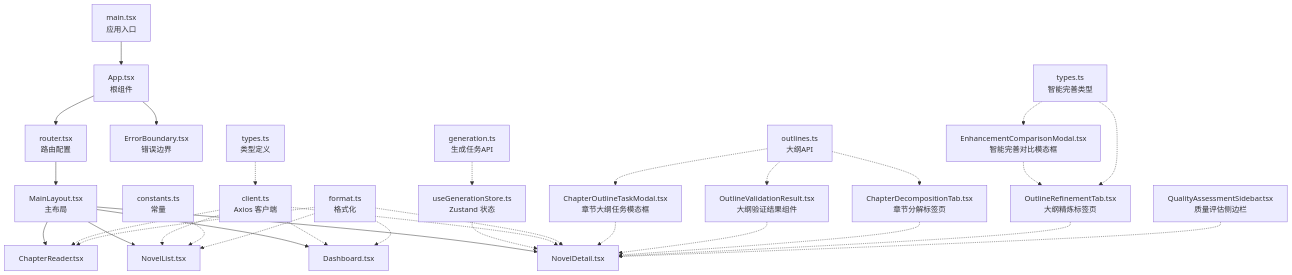
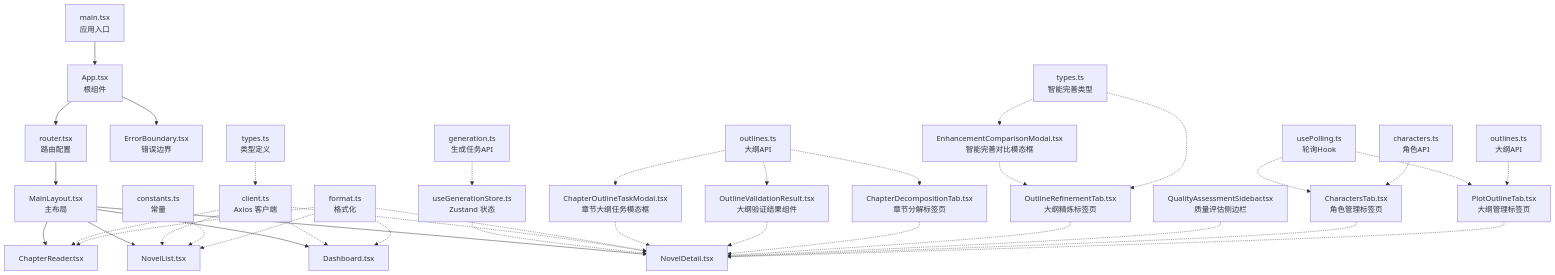
The first of 8 diagrams in .qoder/repowiki/zh/content/前端架构/前端架构.md (xfbyxq/ai-novel-system), drawn with Mermaid before and after one commit. The commit also changed other lines of this file and 11 other files, not shown here.

````diff
--- a/.qoder/repowiki/zh/content/前端架构/前端架构.md
+++ b/.qoder/repowiki/zh/content/前端架构/前端架构.md
@@ -66,34 +71,40 @@
 ```mermaid
 graph TB
 A["main.tsx<br/>应用入口"] --> B["App.tsx<br/>根组件"]
 B --> C["router.tsx<br/>路由配置"]
 C --> D["MainLayout.tsx<br/>主布局"]
 D --> E["Dashboard.tsx"]
 D --> F["NovelList.tsx"]
 D --> G["NovelDetail.tsx"]
 D --> H["ChapterReader.tsx"]
 B --> I["ErrorBoundary.tsx<br/>错误边界"]
 J["useGenerationStore.ts<br/>Zustand 状态"] -.-> G
 K["client.ts<br/>Axios 客户端"] -.-> E
 K -.-> F
 K -.-> G
 K -.-> H
 L["types.ts<br/>类型定义"] -.-> K
 M["constants.ts<br/>常量"] -.-> F
 N["format.ts<br/>格式化"] -.-> E
 N -.-> F
 N -.-> G
 N -.-> H
 O["ChapterOutlineTaskModal.tsx<br/>章节大纲任务模态框"] -.-> G
 P["OutlineValidationResult.tsx<br/>大纲验证结果组件"] -.-> G
 Q["ChapterDecompositionTab.tsx<br/>章节分解标签页"] -.-> G
 R["outlines.ts<br/>大纲API"] -.-> O
 R -.-> P
 R -.-> Q
 S["OutlineRefinementTab.tsx<br/>大纲精炼标签页"] -.-> G
 T["EnhancementComparisonModal.tsx<br/>智能完善对比模态框"] -.-> S
 U["QualityAssessmentSidebar.tsx<br/>质量评估侧边栏"] -.-> G
 V["generation.ts<br/>生成任务API"] -.-> J
 W["types.ts<br/>智能完善类型"] -.-> S
 W -.-> T
+X["CharactersTab.tsx<br/>角色管理标签页"] -.-> G
+Y["PlotOutlineTab.tsx<br/>大纲管理标签页"] -.-> G
+Z["usePolling.ts<br/>轮询Hook"] -.-> X
+Z -.-> Y
+AA["characters.ts<br/>角色API"] -.-> X
+BB["outlines.ts<br/>大纲API"] -.-> Y
 ```
````
